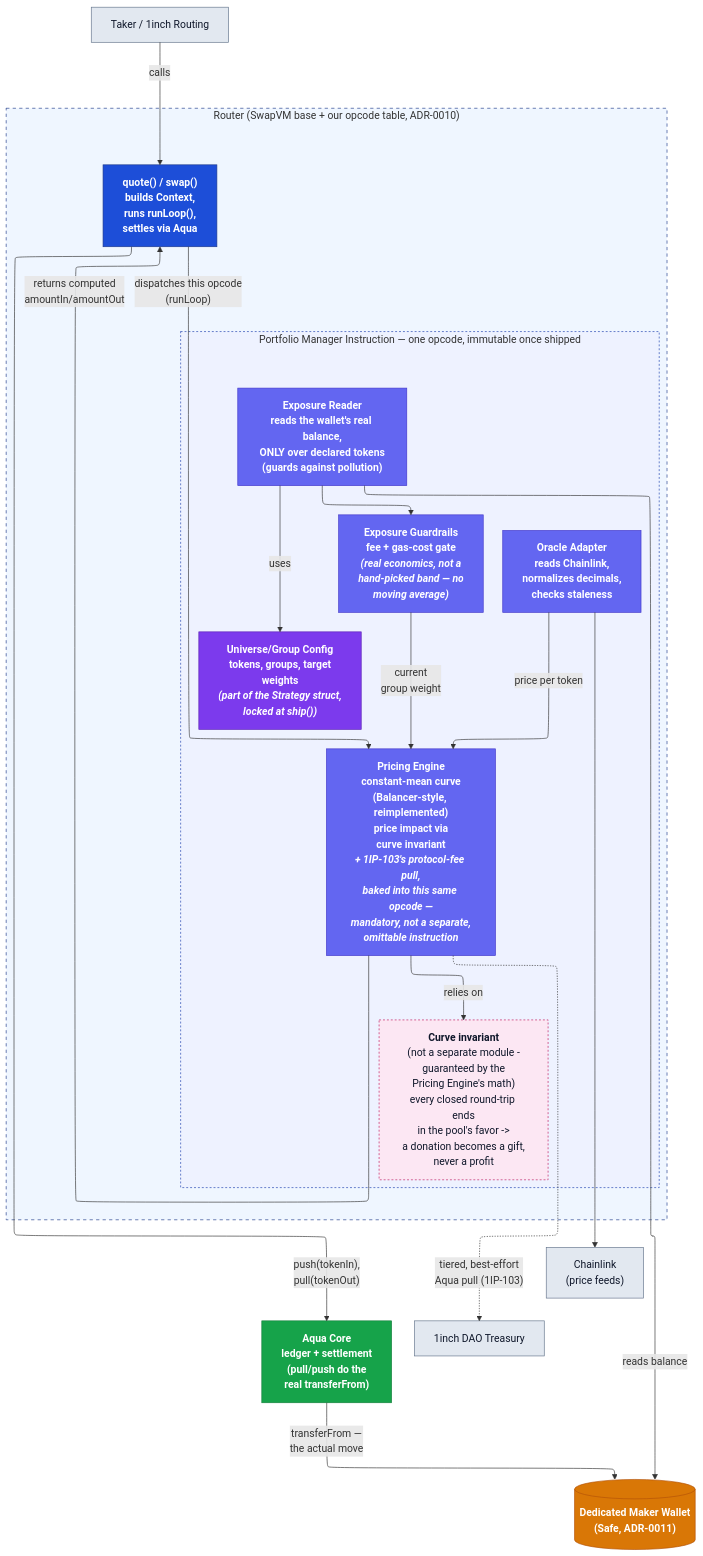
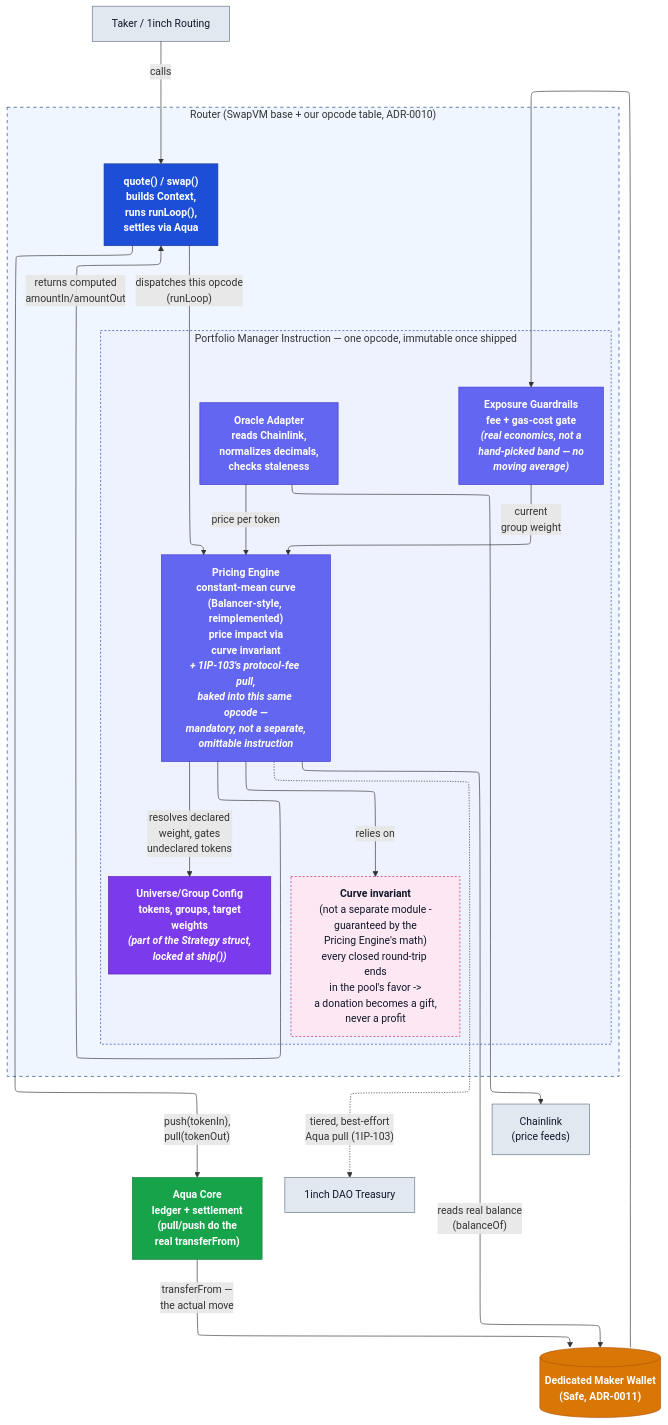
Before and after one commit to bleu/aqua-portfolio-manager: the second of 2 diagrams in docs/ARCHITECTURE.md, drawn with Mermaid. The commit also changed other lines of this file and 7 other files, not shown here.

First line of the commit message:
Remove ExposureReader, inline the balance read directly

````diff
--- a/docs/ARCHITECTURE.md
+++ b/docs/ARCHITECTURE.md
@@ -104,61 +104,59 @@
 ```mermaid
 %%{init: {"flowchart": {"defaultRenderer": "elk"}} }%%
 flowchart TD
     Taker["Taker / 1inch Routing"]
     Aqua["<b>Aqua Core</b><br/>ledger + settlement<br/>(pull/push do the<br/>real transferFrom)"]
     Wallet[("Dedicated Maker Wallet<br/>(Safe, ADR-0011)")]
     Chainlink["Chainlink<br/>(price feeds)"]
 
     subgraph RouterBox["Router (SwapVM base + our opcode table, ADR-0010)"]
         Entrypoints["<b>quote() / swap()</b><br/>builds Context,<br/>runs runLoop(),<br/>settles via Aqua"]
 
         subgraph Strategy["Portfolio Manager Instruction — one opcode, immutable once shipped"]
             Config["<b>Universe/Group Config</b><br/>tokens, groups, target<br/>weights<br/><i>(part of the Strategy struct,<br/>locked at ship())</i>"]
-
-            ExposureReader["<b>Exposure Reader</b><br/>reads the wallet's real balance,<br/>ONLY over declared tokens<br/>(guards against pollution)"]
 
             Smoothing["<b>Exposure Guardrails</b><br/>fee + gas-cost gate<br/><i>(real economics, not a<br/>hand-picked band — no<br/>moving average)</i>"]
 
             OracleAdapter["<b>Oracle Adapter</b><br/>reads Chainlink,<br/>normalizes decimals,<br/>checks staleness"]
 
             PricingEngine["<b>Pricing Engine</b><br/>constant-mean curve<br/>(Balancer-style, reimplemented)<br/>price impact via<br/>curve invariant<br/><i>+ 1IP-103's protocol-fee pull,<br/>baked into this same opcode —<br/>mandatory, not a separate,<br/>omittable instruction</i>"]
 
             Invariant["<b>Curve invariant</b><br/>(not a separate module -<br/>guaranteed by the<br/>Pricing Engine's math)<br/>every closed round-trip ends<br/>in the pool's favor -><br/>a donation becomes a gift,<br/>never a profit"]
         end
     end
 
     DAO["1inch DAO Treasury"]
 
     Taker -->|"calls"| Entrypoints
     Entrypoints -->|"dispatches this opcode<br/>(runLoop)"| PricingEngine
-    ExposureReader -->|"reads balance"| Wallet
-    ExposureReader -->|"uses"| Config
-    ExposureReader --> Smoothing
+    PricingEngine -->|"reads real balance<br/>(balanceOf)"| Wallet
+    PricingEngine -->|"resolves declared<br/>weight, gates<br/>undeclared tokens"| Config
+    Wallet --> Smoothing
     Smoothing -->|"current<br/>group weight"| PricingEngine
     OracleAdapter --> Chainlink
     OracleAdapter -->|"price per token"| PricingEngine
     PricingEngine -->|"relies on"| Invariant
     PricingEngine -->|"returns computed<br/>amountIn/amountOut"| Entrypoints
     Entrypoints -->|"push(tokenIn),<br/>pull(tokenOut)"| Aqua
     Aqua -->|"transferFrom —<br/>the actual move"| Wallet
     PricingEngine -.->|"tiered, best-effort<br/>Aqua pull (1IP-103)"| DAO
 
     classDef aqua fill:#16a34a,stroke:#15803d,color:#ffffff,font-weight:bold
     classDef wallet fill:#d97706,stroke:#b45309,color:#ffffff,font-weight:bold
     classDef external fill:#e2e8f0,stroke:#64748b,color:#0f172a
     classDef config fill:#7c3aed,stroke:#5b21b6,color:#ffffff,font-weight:bold
     classDef logic fill:#6366f1,stroke:#4338ca,color:#ffffff,font-weight:bold
     classDef invariant fill:#fce7f3,stroke:#be185d,color:#0f172a,stroke-dasharray: 3 3
     classDef router fill:#1d4ed8,stroke:#1e3a8a,color:#ffffff,font-weight:bold
 
     class Aqua aqua
     class Wallet wallet
     class Chainlink,DAO,Taker external
     class Config config
-    class ExposureReader,Smoothing,OracleAdapter,PricingEngine logic
+    class Smoothing,OracleAdapter,PricingEngine logic
     class Invariant invariant
     class Entrypoints router
 
     style RouterBox fill:#eff6ff,stroke:#1e3a8a,stroke-dasharray: 5 5
     style Strategy fill:#eef2ff,stroke:#1e40af,stroke-dasharray: 3 3
 ```
````
